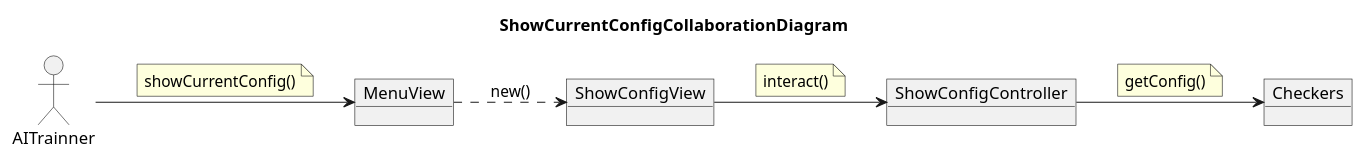
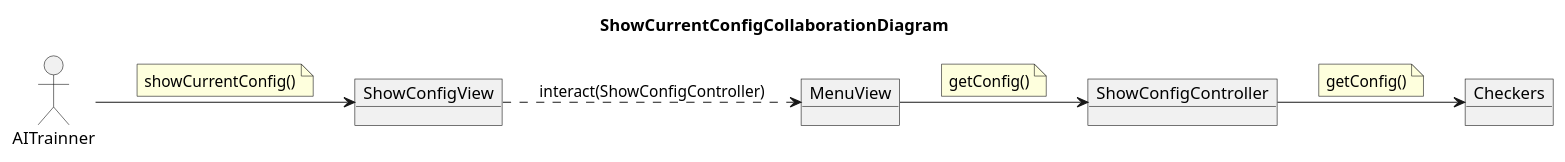
The diagram in docs/src/analysis/use-cases/showCurrentConfig-colab.plantuml (Master-Desarrollo-20-21/patrones-diseno---practica-final---juego-de-las-damas-fraylopez), drawn with PlantUML before and after one commit. The commit also changed 19 other files, not shown here.

```diff
--- a/docs/src/analysis/use-cases/showCurrentConfig-colab.plantuml
+++ b/docs/src/analysis/use-cases/showCurrentConfig-colab.plantuml
@@ -1,28 +1,27 @@
 @startuml ShowCurrentConfigCollaborationDiagram
 title ShowCurrentConfigCollaborationDiagram
 left to right direction
 
 allow_mixing
 actor AITrainner
 object MenuView
 object ShowConfigView
-AITrainner --> MenuView
+AITrainner --> ShowConfigView
 note on link
 showCurrentConfig()
 end note
 
-MenuView ..> ShowConfigView : new()
-
+ShowConfigView ..> MenuView  : interact(ShowConfigController)
 
 object ShowConfigController
-ShowConfigView --> ShowConfigController
+MenuView --> ShowConfigController
 note on link
-interact()
+getConfig()
 end note
 
 object Checkers
 ShowConfigController --> Checkers
 note on link
 getConfig()
 end note
 @enduml
```
